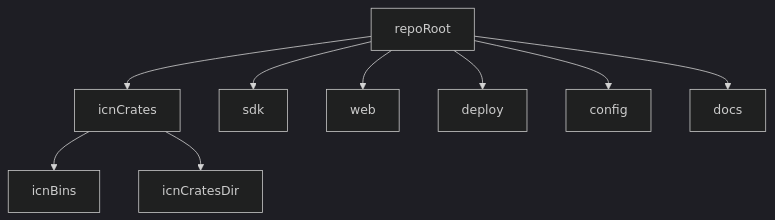
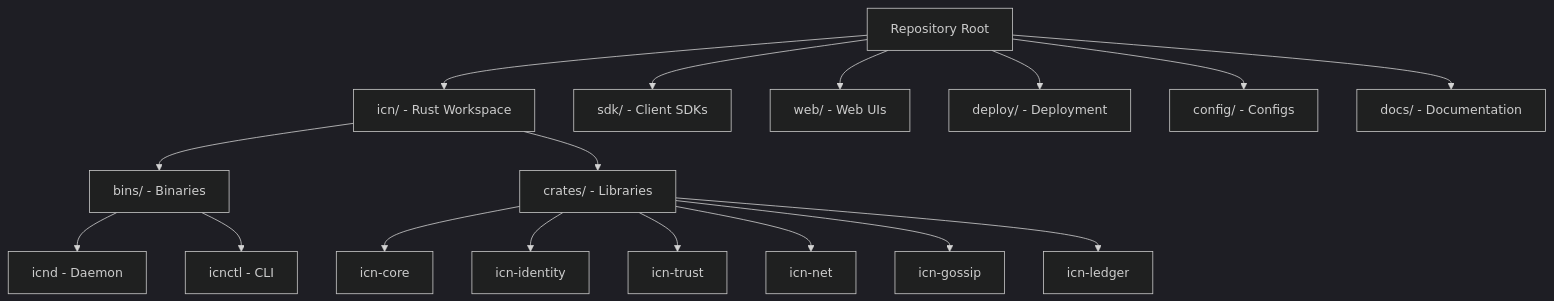
Before and after one commit to InterCooperative-Network/icn: the diagram in docs/onboarding/modules/module-00-setup.md, drawn with Mermaid (dark theme). The commit also changed other lines of this file and 1 other file, not shown here.

````diff
--- a/docs/onboarding/modules/module-00-setup.md
+++ b/docs/onboarding/modules/module-00-setup.md
@@ -30,11 +152,22 @@
 ```mermaid
 flowchart TD
-  root[repoRoot] --> icnDir[icnCrates]
-  root --> sdkDir[sdk]
-  root --> webDir[web]
-  root --> deployDir[deploy]
-  root --> configDir[config]
-  root --> docsDir[docs]
-  icnDir --> bins[icnBins]
-  icnDir --> crates[icnCratesDir]
+    root[Repository Root] --> icnDir[icn/ - Rust Workspace]
+    root --> sdkDir[sdk/ - Client SDKs]
+    root --> webDir[web/ - Web UIs]
+    root --> deployDir[deploy/ - Deployment]
+    root --> configDir[config/ - Configs]
+    root --> docsDir[docs/ - Documentation]
+
+    icnDir --> bins[bins/ - Binaries]
+    icnDir --> crates[crates/ - Libraries]
+
+    bins --> icnd[icnd - Daemon]
+    bins --> icnctl[icnctl - CLI]
+
+    crates --> core[icn-core]
+    crates --> identity[icn-identity]
+    crates --> trust[icn-trust]
+    crates --> net[icn-net]
+    crates --> gossip[icn-gossip]
+    crates --> ledger[icn-ledger]
 ```
````
